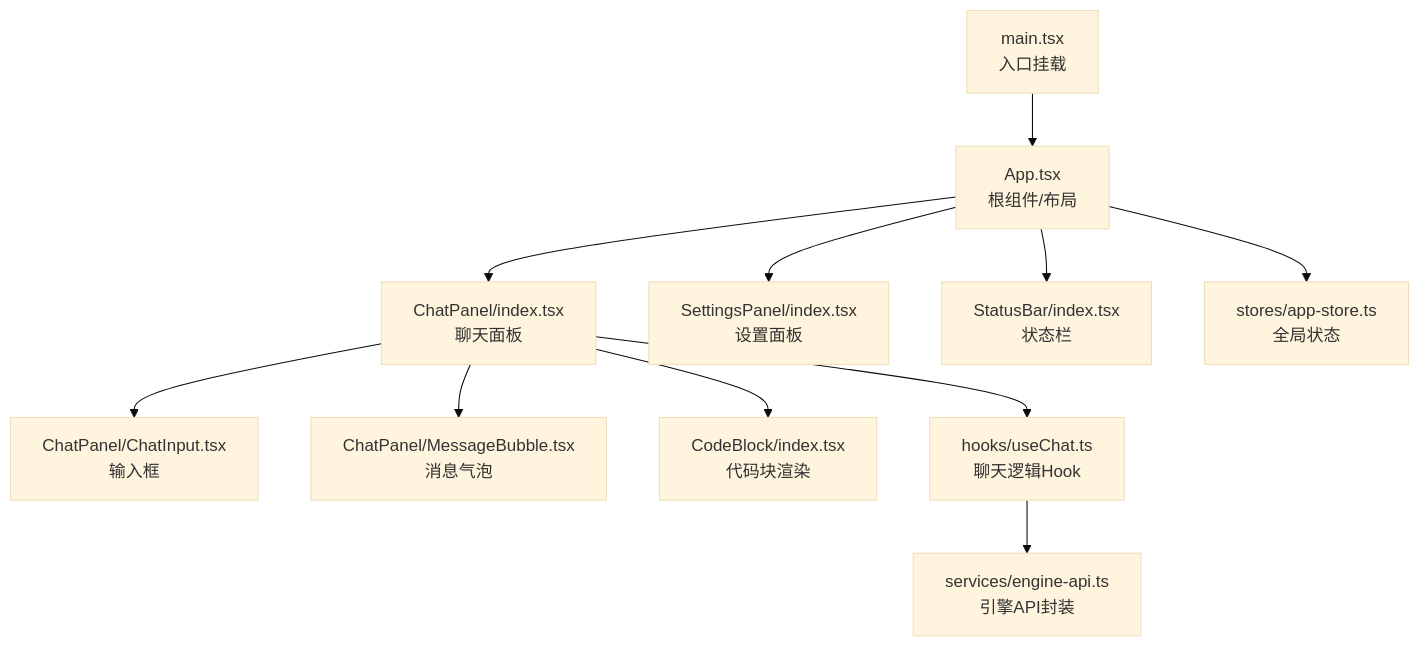
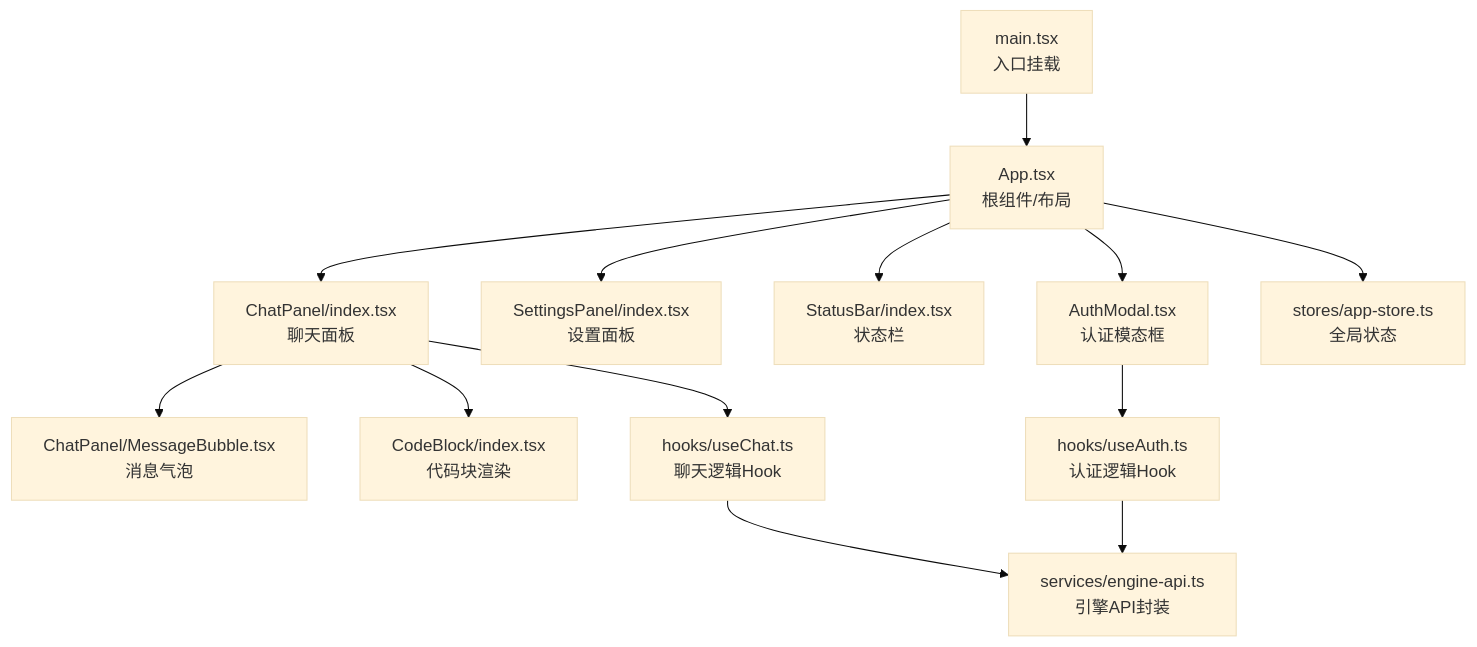
The first of 6 diagrams in .qoder/repowiki/zh/content/架构设计/分层架构详解/表现层（Presentation Layer）/React组件架构.md (kkutysllb/KCoder), drawn with Mermaid (base theme) before and after one commit. The commit also changed other lines of this file and 141 other files, not shown here.

````diff
--- a/.qoder/repowiki/zh/content/架构设计/分层架构详解/表现层（Presentation Layer）/React组件架构.md
+++ b/.qoder/repowiki/zh/content/架构设计/分层架构详解/表现层（Presentation Layer）/React组件架构.md
@@ -42,13 +50,15 @@
 ```mermaid
 graph TB
 A["main.tsx<br/>入口挂载"] --> B["App.tsx<br/>根组件/布局"]
 B --> C["ChatPanel/index.tsx<br/>聊天面板"]
 B --> D["SettingsPanel/index.tsx<br/>设置面板"]
 B --> E["StatusBar/index.tsx<br/>状态栏"]
-C --> F["ChatPanel/ChatInput.tsx<br/>输入框"]
+B --> F["AuthModal.tsx<br/>认证模态框"]
 C --> G["ChatPanel/MessageBubble.tsx<br/>消息气泡"]
 C --> H["CodeBlock/index.tsx<br/>代码块渲染"]
 C --> I["hooks/useChat.ts<br/>聊天逻辑Hook"]
-I --> J["services/engine-api.ts<br/>引擎API封装"]
-B --> K["stores/app-store.ts<br/>全局状态"]
+F --> J["hooks/useAuth.ts<br/>认证逻辑Hook"]
+I --> K["services/engine-api.ts<br/>引擎API封装"]
+J --> K
+B --> L["stores/app-store.ts<br/>全局状态"]
 ```
````
